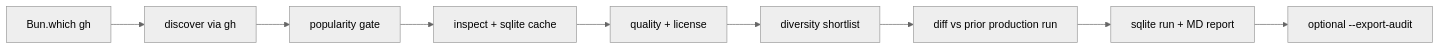
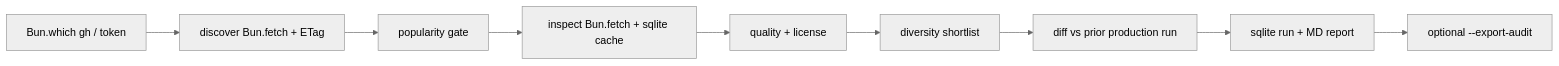
The diagram in docs/PLAN.md (brendadeeznuts1111/Kalshi-bot), drawn with Mermaid (neutral theme) before and after one commit. The commit also changed other lines of this file and 7 other files, not shown here.

````diff
--- a/docs/PLAN.md
+++ b/docs/PLAN.md
@@ -60,11 +60,11 @@
 ```mermaid
 flowchart LR
-  preflight[Bun.which gh] --> discover[discover via gh]
+  preflight[Bun.which gh / token] --> discover[discover Bun.fetch + ETag]
   discover --> gate[popularity gate]
-  gate --> inspect[inspect + sqlite cache]
+  gate --> inspect[inspect Bun.fetch + sqlite cache]
   inspect --> score[quality + license]
   score --> diversify[diversity shortlist]
   diversify --> diff[diff vs prior production run]
   diff --> out[sqlite run + MD report]
   out --> audit[optional --export-audit]
 ```
````
